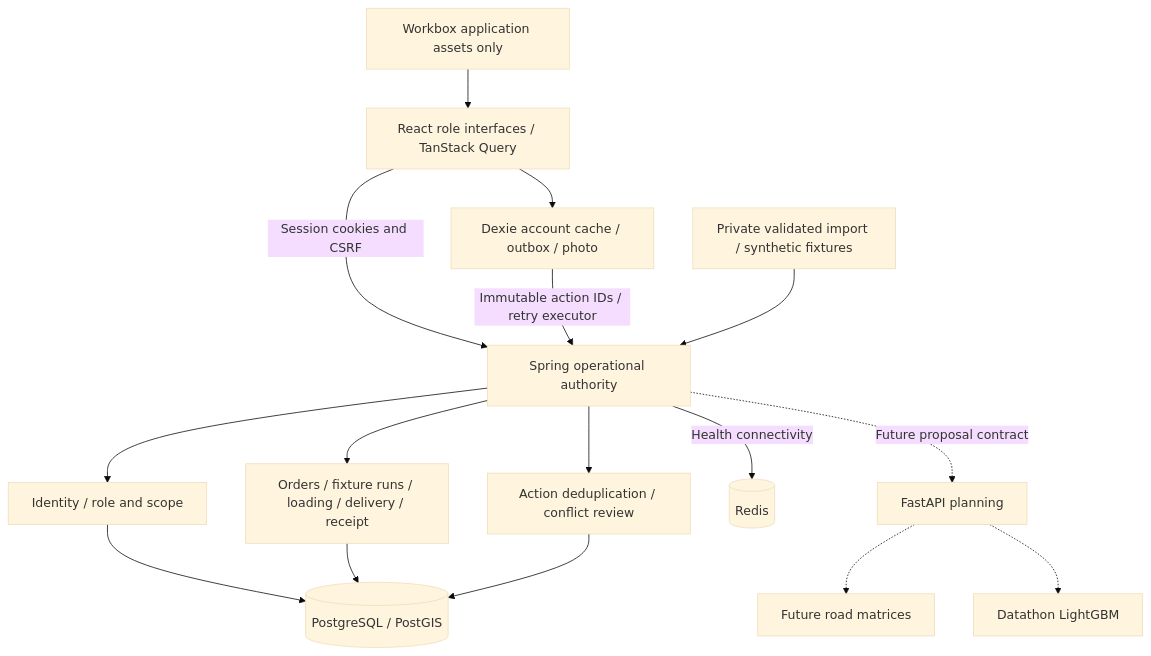
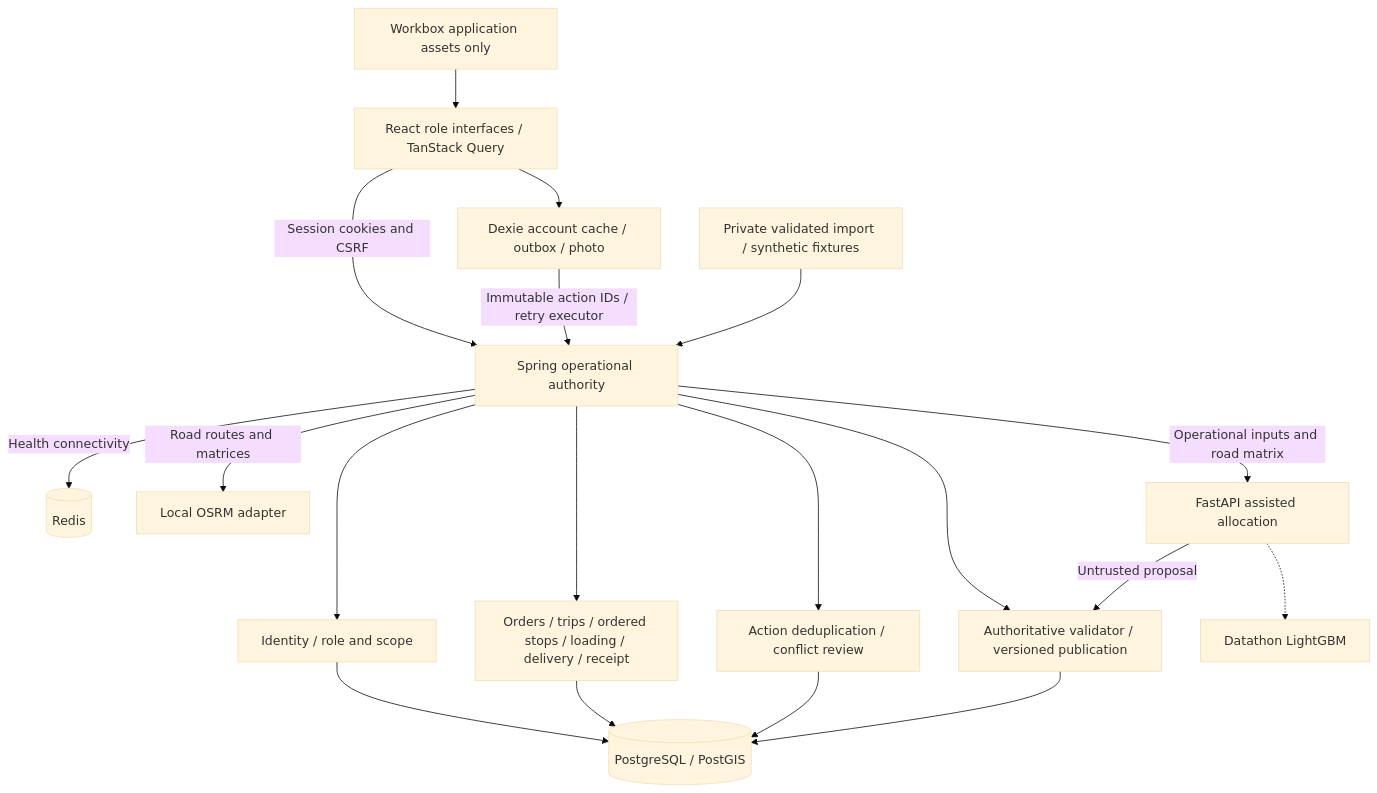
Before and after one commit to Geemal2004/Waypoint-Group: the diagram in docs/architecture.md, drawn with Mermaid (base theme). The commit also changed other lines of this file and 11 other files, not shown here.

````diff
--- a/docs/architecture.md
+++ b/docs/architecture.md
@@ -3,18 +3,21 @@
 ```mermaid
 flowchart TD
   UI[React role interfaces / TanStack Query] -->|Session cookies and CSRF| Core[Spring operational authority]
   UI --> Local[Dexie account cache / outbox / photo]
   Local -->|Immutable action IDs / retry executor| Core
   SW[Workbox application assets only] --> UI
   Core --> Identity[Identity / role and scope]
-  Core --> Workflow[Orders / fixture runs / loading / delivery / receipt]
+  Core --> Workflow[Orders / trips / ordered stops / loading / delivery / receipt]
+  Core --> Validator[Authoritative validator / versioned publication]
   Core --> Sync[Action deduplication / conflict review]
   Identity --> DB[(PostgreSQL / PostGIS)]
   Workflow --> DB
   Sync --> DB
   Seed[Private validated import / synthetic fixtures] --> Core
   Core -->|Health connectivity| Redis[(Redis)]
-  Core -.->|Future proposal contract| Python[FastAPI planning]
-  Python -.-> OSRM[Future road matrices]
+  Core -->|Road routes and matrices| OSRM[Local OSRM adapter]
+  Core -->|Operational inputs and road matrix| Python[FastAPI assisted allocation]
+  Python -->|Untrusted proposal| Validator
+  Validator --> DB
   Python -.-> ML[Datathon LightGBM]
 ```
````
